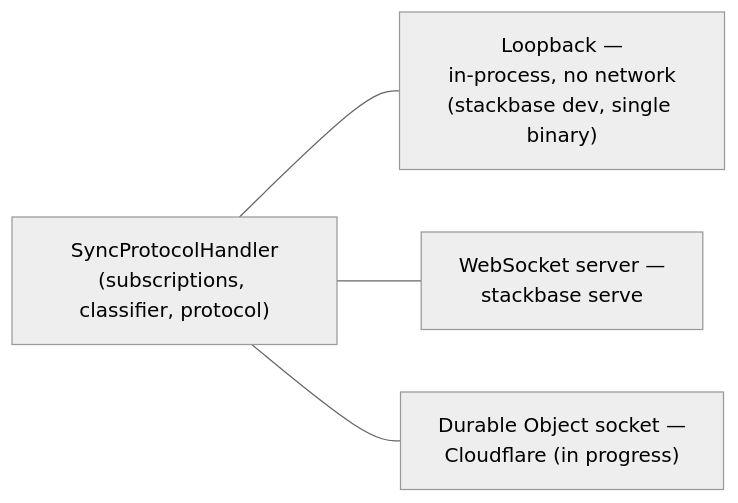
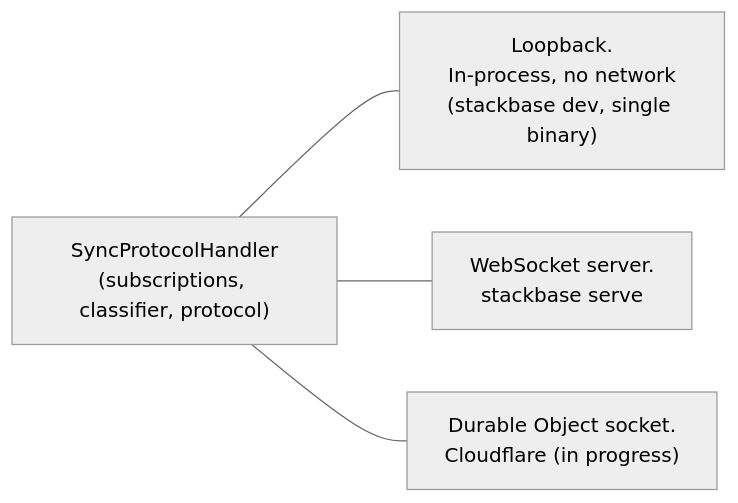
One commit to helipod-sh/helipod changed the fifth of 5 diagrams in docs_new/content/docs/contributing/architecture/reactivity.mdx. Above: the diagram before and after it, drawn with Mermaid (neutral theme). The commit also changed other lines of this file and 49 other files, not shown here.

````diff
--- a/docs_new/content/docs/contributing/architecture/reactivity.mdx
+++ b/docs_new/content/docs/contributing/architecture/reactivity.mdx
@@ -307,7 +317,7 @@
 ```mermaid
 flowchart LR
     H["SyncProtocolHandler<br/>(subscriptions, classifier, protocol)"]
-    H --- L["Loopback —<br/>in-process, no network<br/>(stackbase dev, single binary)"]
-    H --- W["WebSocket server —<br/>stackbase serve"]
-    H --- D["Durable Object socket —<br/>Cloudflare (in progress)"]
+    H --- L["Loopback.<br/>In-process, no network<br/>(stackbase dev, single binary)"]
+    H --- W["WebSocket server.<br/>stackbase serve"]
+    H --- D["Durable Object socket.<br/>Cloudflare (in progress)"]
 ```
````
